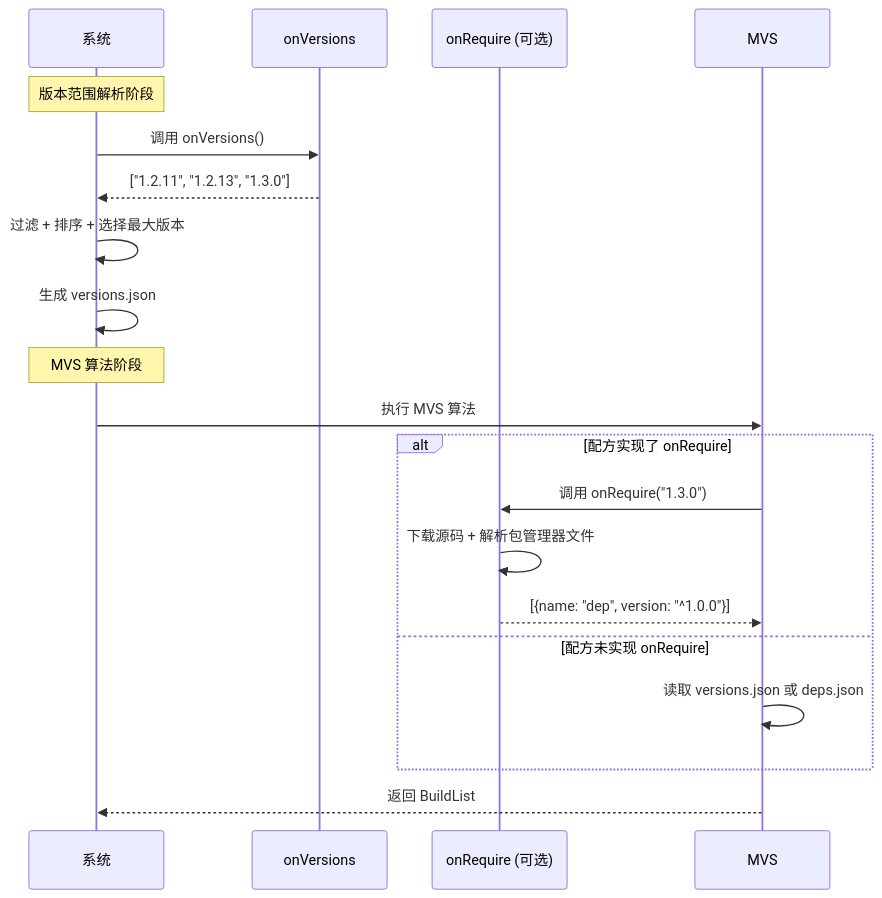
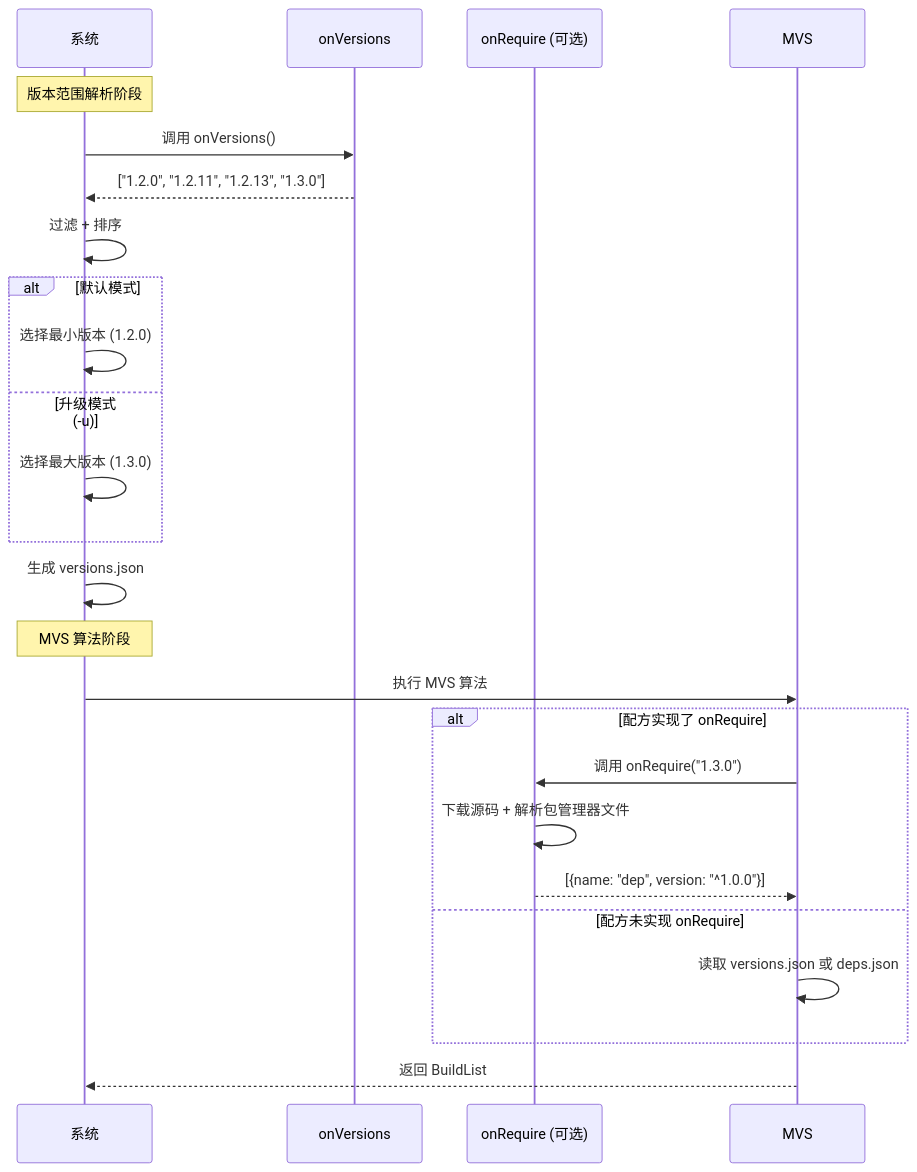
The seventh of 7 diagrams in docs/version-range-design.md (goplus/llar), drawn with Mermaid before and after one commit. The commit also changed other lines of this file and 4 other files, not shown here.

````diff
--- a/docs/version-range-design.md
+++ b/docs/version-range-design.md
@@ -557,26 +607,31 @@
 ```mermaid
 sequenceDiagram
     participant S as 系统
     participant V as onVersions
     participant R as onRequire (可选)
     participant M as MVS
 
     Note over S: 版本范围解析阶段
     S->>V: 调用 onVersions()
-    V-->>S: ["1.2.11", "1.2.13", "1.3.0"]
-    S->>S: 过滤 + 排序 + 选择最大版本
+    V-->>S: ["1.2.0", "1.2.11", "1.2.13", "1.3.0"]
+    S->>S: 过滤 + 排序
+    alt 默认模式
+        S->>S: 选择最小版本 (1.2.0)
+    else 升级模式 (-u)
+        S->>S: 选择最大版本 (1.3.0)
+    end
     S->>S: 生成 versions.json
 
     Note over S: MVS 算法阶段
     S->>M: 执行 MVS 算法
 
     alt 配方实现了 onRequire
         M->>R: 调用 onRequire("1.3.0")
         R->>R: 下载源码 + 解析包管理器文件
         R-->>M: [{name: "dep", version: "^1.0.0"}]
     else 配方未实现 onRequire
         M->>M: 读取 versions.json 或 deps.json
     end
 
     M-->>S: 返回 BuildList
 ```
````
